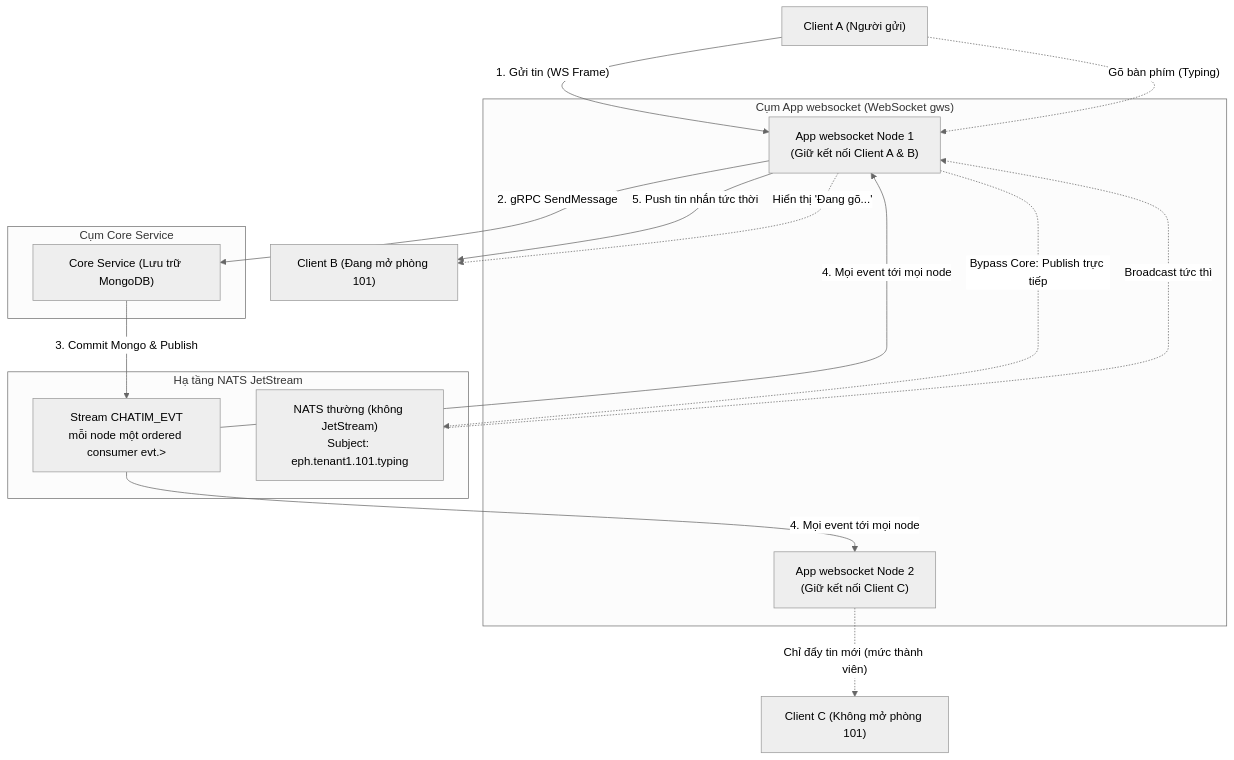
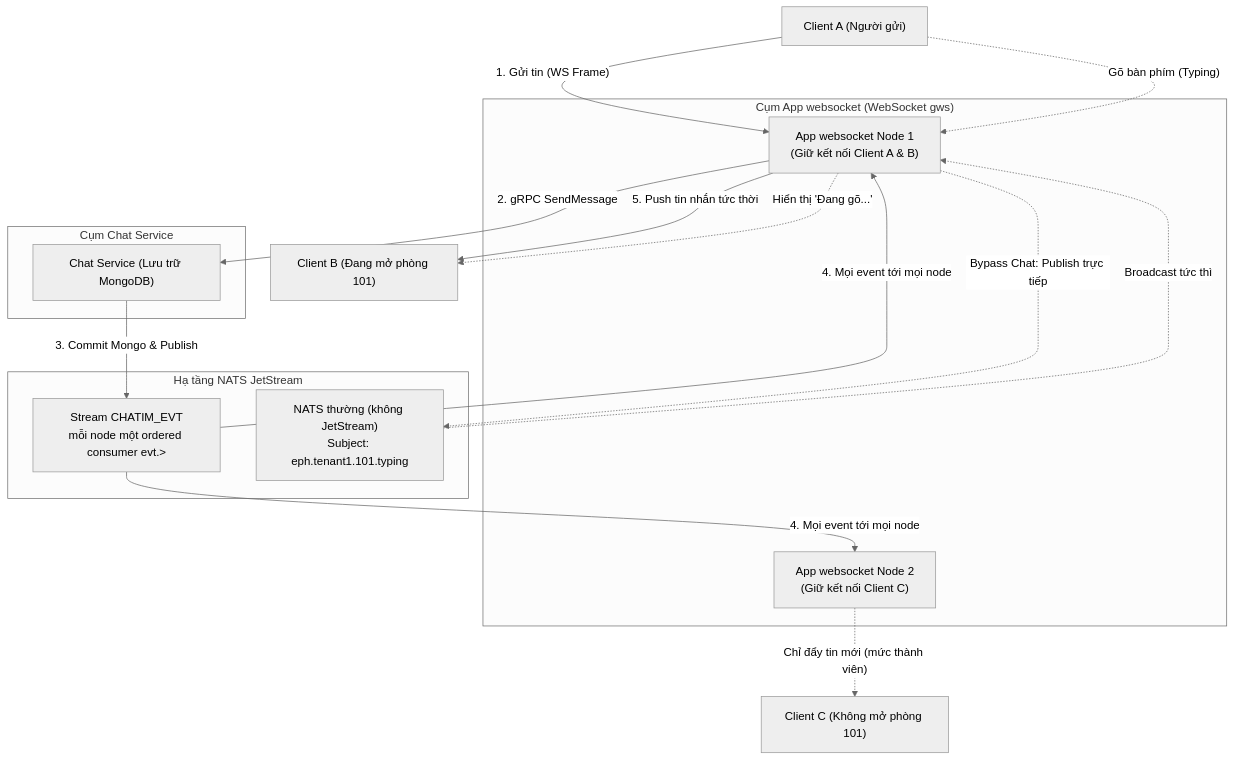
One commit to ivannguyendev/chatim changed the first of 2 diagrams in docs/modules/09-feature-realtime-delivery-and-ephemeral.md. Above: the diagram before and after it, drawn with Mermaid (neutral theme). The commit also changed other lines of this file and 332 other files, not shown here.

````diff
--- a/docs/modules/09-feature-realtime-delivery-and-ephemeral.md
+++ b/docs/modules/09-feature-realtime-delivery-and-ephemeral.md
@@ -26,39 +26,39 @@
 ```mermaid
 flowchart TD
     ClientA["Client A (Người gửi)"]
     ClientB["Client B (Đang mở phòng 101)"]
     ClientC["Client C (Không mở phòng 101)"]
 
     subgraph WebsocketLayer["Cụm App websocket (WebSocket gws)"]
         GW1["App websocket Node 1<br/>(Giữ kết nối Client A & B)"]
         GW2["App websocket Node 2<br/>(Giữ kết nối Client C)"]
     end
 
     subgraph EventBus["Hạ tầng NATS JetStream"]
         NATSLive["Stream CHATIM_EVT<br/>mỗi node một ordered consumer evt.>"]
         NATSEph["NATS thường (không JetStream)<br/>Subject: eph.tenant1.101.typing"]
     end
 
-    subgraph CoreLayer["Cụm Core Service"]
-        CoreSrv["Core Service (Lưu trữ MongoDB)"]
+    subgraph ChatLayer["Cụm Chat Service"]
+        ChatSrv["Chat Service (Lưu trữ MongoDB)"]
     end
 
     %% Luồng gửi tin chính thức
     ClientA -- "1. Gửi tin (WS Frame)" --> GW1
-    GW1 -- "2. gRPC SendMessage" --> CoreSrv
-    CoreSrv -- "3. Commit Mongo & Publish" --> NATSLive
+    GW1 -- "2. gRPC SendMessage" --> ChatSrv
+    ChatSrv -- "3. Commit Mongo & Publish" --> NATSLive
 
     %% Mỗi node nhận mọi event, lọc theo room trong RAM
     NATSLive -- "4. Mọi event tới mọi node" --> GW1
     GW1 -- "5. Push tin nhắn tức thời" --> ClientB
 
     %% Luồng gõ bàn phím (Bỏ qua DB hoàn toàn)
     ClientA -. "Gõ bàn phím (Typing)" .-> GW1
-    GW1 -. "Bypass Core: Publish trực tiếp" .-> NATSEph
+    GW1 -. "Bypass Chat: Publish trực tiếp" .-> NATSEph
     NATSEph -. "Broadcast tức thì" .-> GW1
     GW1 -. "Hiển thị 'Đang gõ...'" .-> ClientB
 
     %% Node 2 cũng nhận event nhưng Client C không mở phòng 101: react, ghim không được đẩy
     NATSLive -- "4. Mọi event tới mọi node" --> GW2
     GW2 -. "Chỉ đẩy tin mới (mức thành viên)" .-> ClientC
 ```
````
